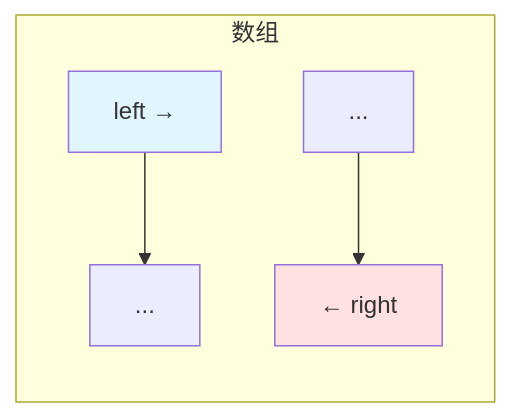
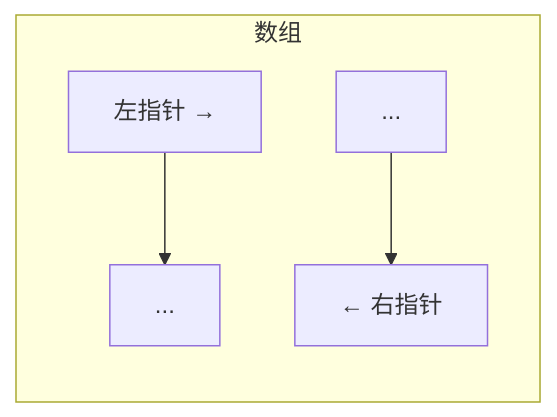
One commit to YiWang24/AiDIY changed the diagram in i18n/zh-Hans/docusaurus-plugin-content-docs/current/cs/algorithms/two-pointers.mdx. Above: the diagram before and after it, drawn with Mermaid. The commit also changed other lines of this file and 59 other files, not shown here.

````diff
--- a/i18n/zh-Hans/docusaurus-plugin-content-docs/current/cs/algorithms/two-pointers.mdx
+++ b/i18n/zh-Hans/docusaurus-plugin-content-docs/current/cs/algorithms/two-pointers.mdx
@@ -41,10 +31,7 @@
 ```mermaid
 graph LR
     subgraph Array["数组"]
-        A["left →"] --> B[...]
-        C[...] --> D["← right"]
+        A[左指针 →] --> B[...]
+        C[...] --> D[← 右指针]
     end
-
-    style A fill:#e1f5ff
-    style D fill:#ffe1e1
 ```
````
